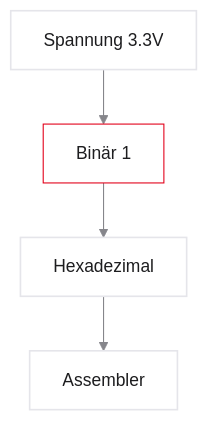
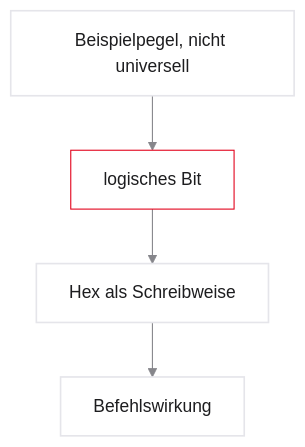
Before and after one commit to dantschi/mct1: the fifth of 24 diagrams in vorlesungen/01_kickoff.qmd, drawn with Mermaid. The commit also changed other lines of this file and 3 other files, not shown here.

````diff
--- a/vorlesungen/01_kickoff.qmd
+++ b/vorlesungen/01_kickoff.qmd
@@ -215,12 +292,12 @@
 ```{mermaid}
 %%| fig-width: 3.5
 %%{init: {'theme': 'base', 'themeVariables': {'background': '#FFFFFF', 'primaryColor': '#FFFFFF', 'primaryBorderColor': '#E5E5EA', 'primaryTextColor': '#1D1D1F', 'lineColor': '#86868B', 'secondaryColor': '#F5F5F7', 'tertiaryColor': '#FFFFFF', 'mainBkg': '#FFFFFF', 'nodeBorder': '#E5E5EA', 'clusterBkg': '#F5F5F7', 'clusterBorder': '#E5E5EA', 'titleColor': '#1D1D1F', 'edgeLabelBackground': '#FFFFFF'}}}%%
 graph TD
-  A["Spannung 3.3V"] --> B["Binär 1"]
-  B --> C[Hexadezimal]
-  C --> D[Assembler]
+  A["Beispielpegel, nicht universell"] --> B["logisches Bit"]
+  B --> C["Hex als Schreibweise"]
+  C --> D["Befehlswirkung"]
   style B fill:#FFFFFF,stroke:#E2001A,stroke-width:2px !important
   style A fill:#FFFFFF,stroke:#E5E5EA,stroke-width:1.5px
   style C fill:#FFFFFF,stroke:#E5E5EA,stroke-width:1.5px
   style D fill:#FFFFFF,stroke:#E5E5EA,stroke-width:1.5px
 ```
````
